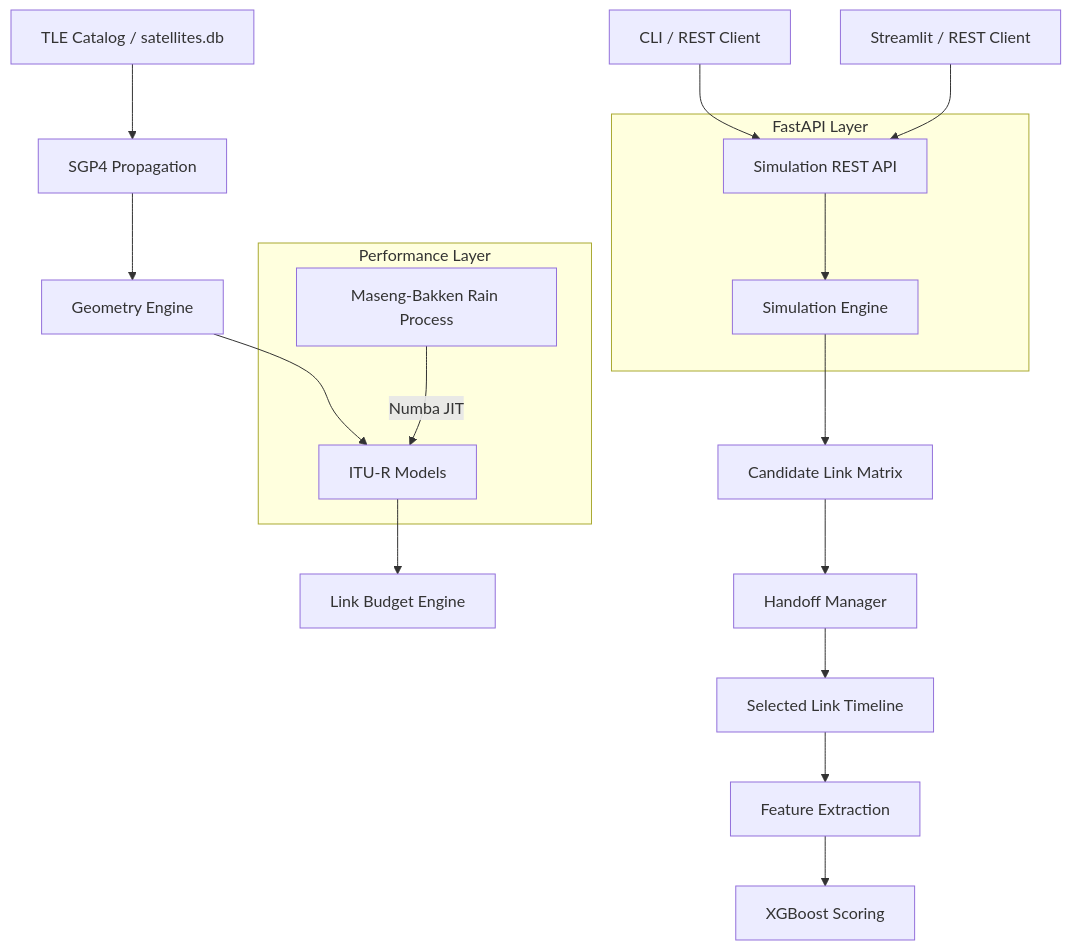
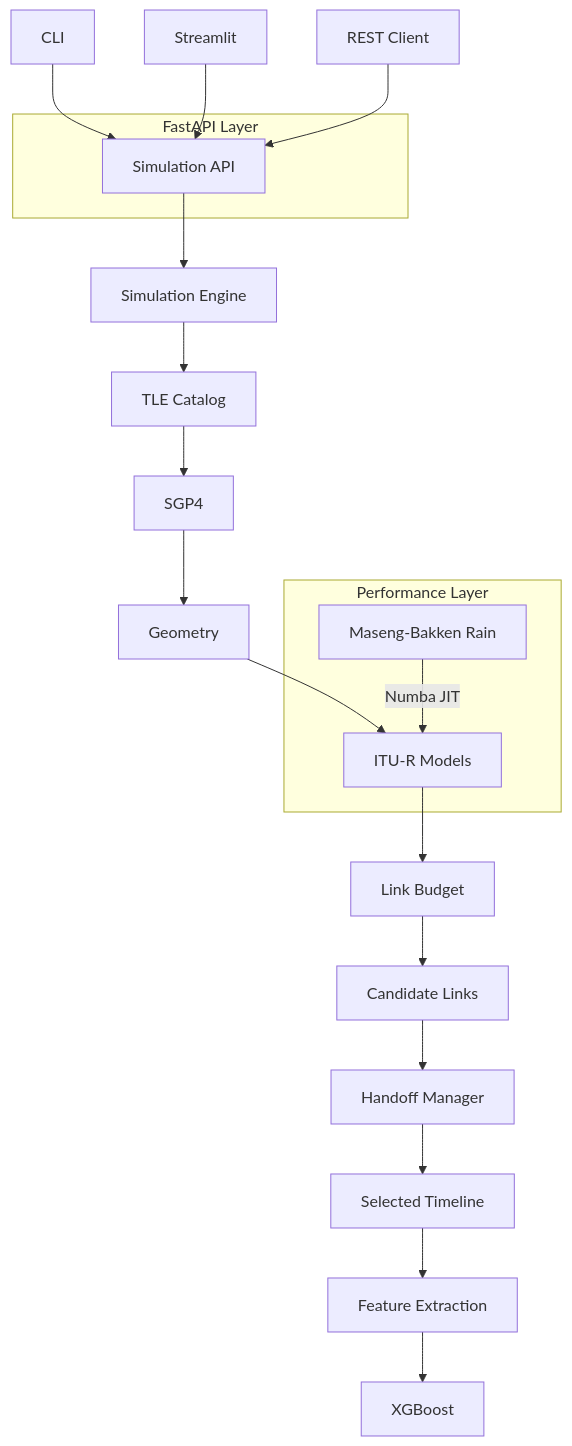
Before and after one commit to Satyanshgaur/RainCast: the diagram in readme.md, drawn with Mermaid.

Commit message:
pushed wrong diagram

````diff
--- a/readme.md
+++ b/readme.md
@@ -30,28 +30,29 @@
 ```mermaid
 graph TD
-    A[TLE Catalog / satellites.db] --> B[SGP4 Propagation]
+    M[CLI] --> F
+    N[Streamlit] --> F
+    O[REST Client] --> F
 
-    B --> C[Geometry Engine]
-    C --> D[ITU-R Models]
-    D --> E[Link Budget Engine]
-
-    subgraph Service Layer [FastAPI Layer]
-        F[Simulation REST API]
-        F --> G[Simulation Engine]
+    subgraph API [FastAPI Layer]
+        F[Simulation API]
     end
 
-    G --> H[Candidate Link Matrix]
-    H --> I[Handoff Manager]
-    I --> J[Selected Link Timeline]
+    F --> G[Simulation Engine]
 
-    J --> K[Feature Extraction]
-    K --> L[XGBoost Scoring]
-    
-    M[CLI / REST Client] --> F
-    N[Streamlit / REST Client] --> F
+    G --> A[TLE Catalog]
+    A --> B[SGP4]
+    B --> C[Geometry]
+    C --> D[ITU-R Models]
 
-    subgraph JIT_ACCELERATED [Performance Layer]
-        R[Maseng-Bakken Rain Process]
+    subgraph Performance [Performance Layer]
+        R[Maseng-Bakken Rain]
         R -- Numba JIT --> D
     end
+
+    D --> E[Link Budget]
+    E --> H[Candidate Links]
+    H --> I[Handoff Manager]
+    I --> J[Selected Timeline]
+    J --> K[Feature Extraction]
+    K --> L[XGBoost]
 ```
````
